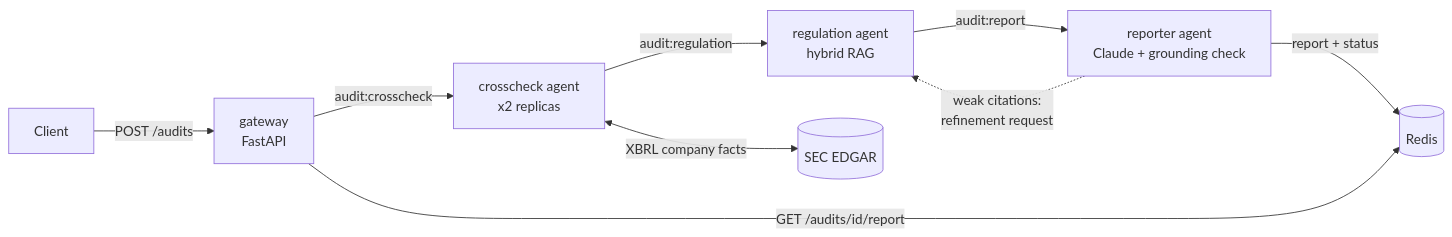
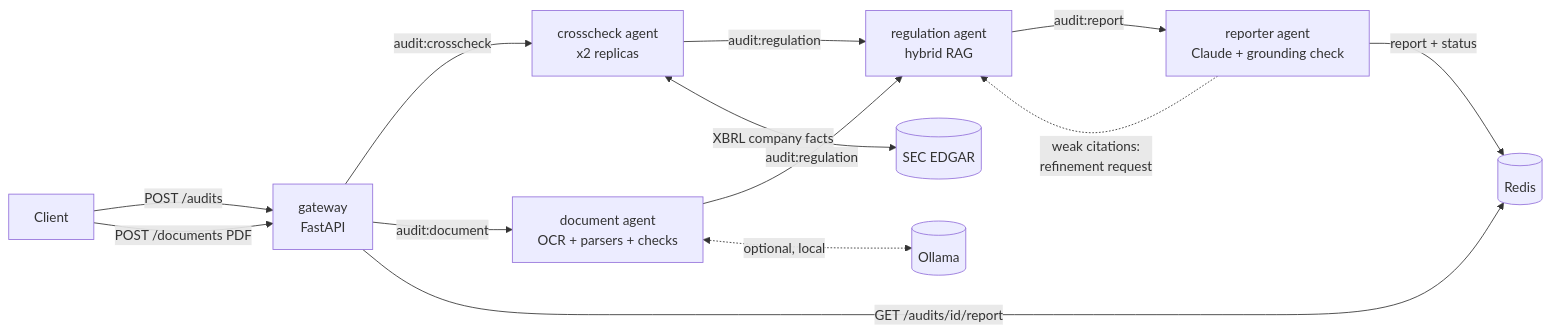
Before and after one commit to HarshithaDara/compliance-audit-agents: the diagram in README.md, drawn with Mermaid. The commit also changed other lines of this file and 42 other files, not shown here.

````diff
--- a/README.md
+++ b/README.md
@@ -19,11 +61,15 @@
 ```mermaid
 flowchart LR
     U[Client] -->|POST /audits| G[gateway<br/>FastAPI]
+    U -->|POST /documents PDF| G
     G -->|audit:crosscheck| C[crosscheck agent<br/>x2 replicas]
+    G -->|audit:document| D[document agent<br/>OCR + parsers + checks]
     C -->|audit:regulation| R[regulation agent<br/>hybrid RAG]
+    D -->|audit:regulation| R
+    D <-.->|optional, local| O[(Ollama)]
     R -->|audit:report| P[reporter agent<br/>Claude + grounding check]
     P -.->|weak citations:<br/>refinement request| R
     C <-->|XBRL company facts| SEC[(SEC EDGAR)]
     P -->|report + status| RD[(Redis)]
     G -->|GET /audits/id/report| RD
 ```
````
